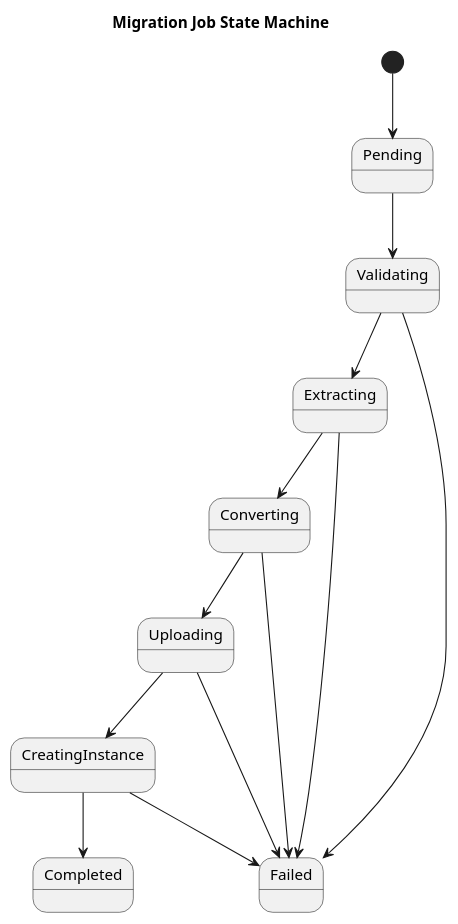
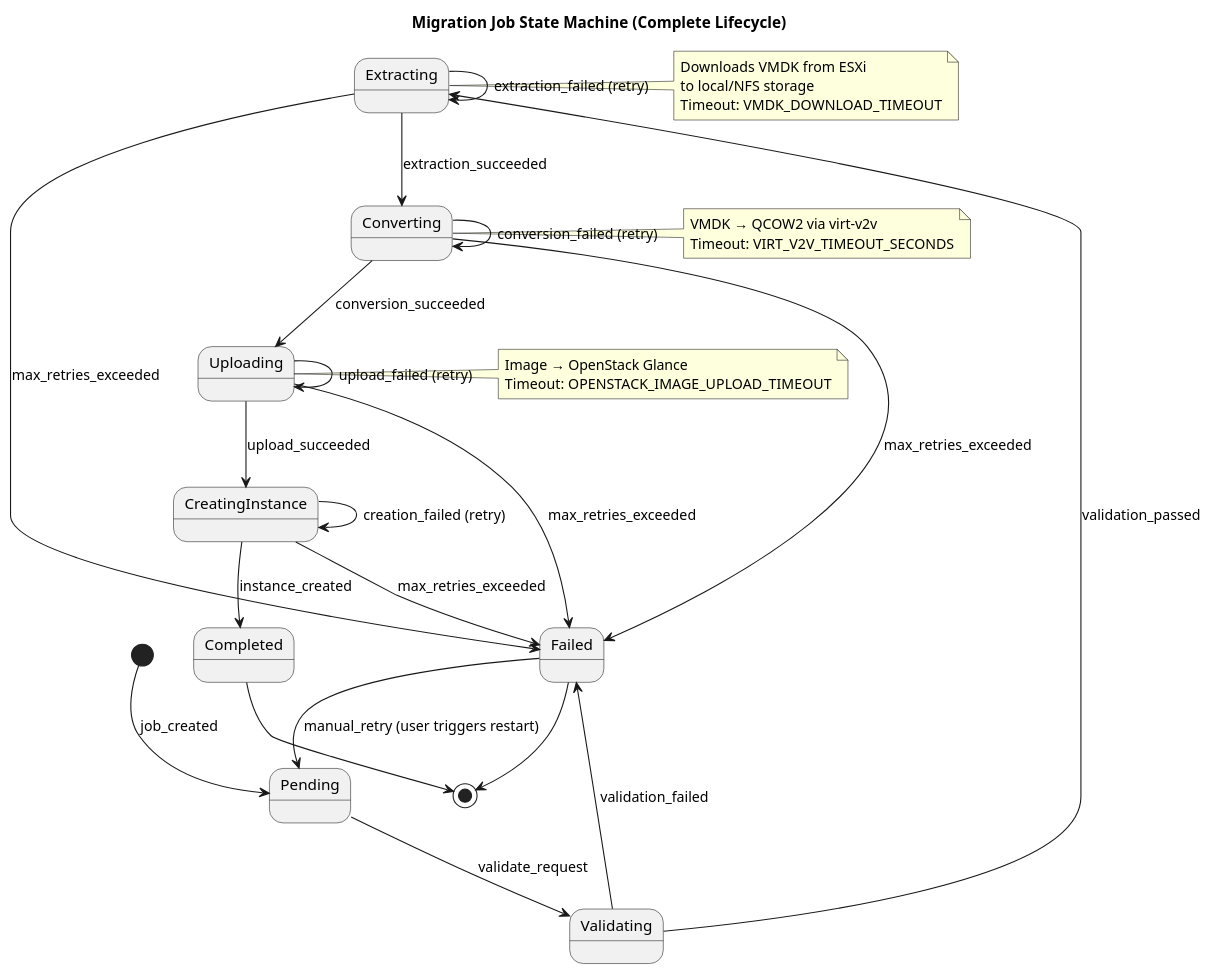
Diagram 17 of 17 in README.md (amineammari/Vmigrate), drawn with PlantUML before and after one commit. The commit also changed other lines of this file, not shown here.

Commit message:
Implement feature X to enhance user experience and fix bug Y in module Z

````diff
--- a/README.md
+++ b/README.md
@@ -1191,19 +2474,47 @@
 ```plantuml
 @startuml
-title Migration Job State Machine
+title Migration Job State Machine (Complete Lifecycle)
 
-[*] --> Pending
-Pending --> Validating
-Validating --> Extracting
-Extracting --> Converting
-Converting --> Uploading
-Uploading --> CreatingInstance
-CreatingInstance --> Completed
-CreatingInstance --> Failed
-Uploading --> Failed
-Converting --> Failed
-Extracting --> Failed
-Validating --> Failed
+[*] --> Pending: job_created
+Pending --> Validating: validate_request
+Validating --> Extracting: validation_passed
+Validating --> Failed: validation_failed
+
+Extracting --> Converting: extraction_succeeded
+Extracting --> Extracting: extraction_failed (retry)
+Extracting --> Failed: max_retries_exceeded
+
+Converting --> Uploading: conversion_succeeded
+Converting --> Converting: conversion_failed (retry)
+Converting --> Failed: max_retries_exceeded
+
+Uploading --> CreatingInstance: upload_succeeded
+Uploading --> Uploading: upload_failed (retry)
+Uploading --> Failed: max_retries_exceeded
+
+CreatingInstance --> Completed: instance_created
+CreatingInstance --> CreatingInstance: creation_failed (retry)
+CreatingInstance --> Failed: max_retries_exceeded
+
+Failed --> Pending: manual_retry (user triggers restart)
+Completed --> [*]
+Failed --> [*]
+
+note right of Extracting
+  Downloads VMDK from ESXi
+  to local/NFS storage
+  Timeout: VMDK_DOWNLOAD_TIMEOUT
+end note
+
+note right of Converting
+  VMDK → QCOW2 via virt-v2v
+  Timeout: VIRT_V2V_TIMEOUT_SECONDS
+end note
+
+note right of Uploading
+  Image → OpenStack Glance
+  Timeout: OPENSTACK_IMAGE_UPLOAD_TIMEOUT
+end note
 
 @enduml
 ```
````
